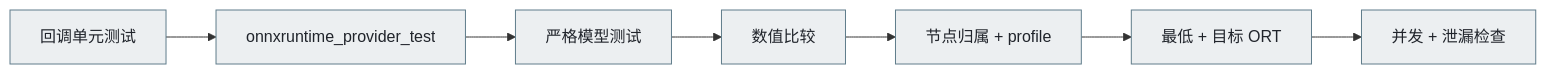
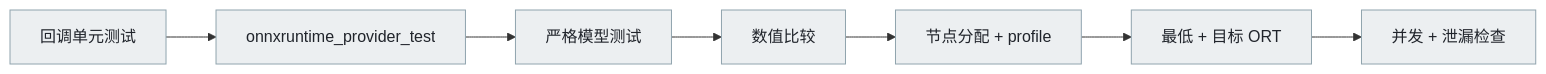
Before and after one commit to DakeQQ/Tutorial-ONNX-Runtime-Execution-Providers: diagram 13 of 13 in PluginEP/README.zh-CN.md, drawn with Mermaid. The commit also changed other lines of this file and 15 other files, not shown here.

````diff
--- a/PluginEP/README.zh-CN.md
+++ b/PluginEP/README.zh-CN.md
@@ -514,12 +516,7 @@
 ```mermaid
 flowchart LR
-    U["回调单元测试"] --> O["onnxruntime_provider_test"]
-    O --> M["严格模型测试"]
-    M --> N["数值比较"]
-    N --> A["节点归属 + profile"]
-    A --> V["最低 + 目标 ORT"]
-    V --> L["并发 + 泄漏检查"]
+    U["回调单元测试"] --> O["onnxruntime_provider_test"] --> M["严格模型测试"] --> N["数值比较"] --> A["节点分配 + profile"] --> V["最低 + 目标 ORT"] --> L["并发 + 泄漏检查"]
 
-    classDef stage fill:#eceff1,stroke:#607d8b,color:#20242b
-    class U,O,M,N,A,V,L stage
+    class U,O,M,N,A,V,L leaf
+    classDef leaf fill:#eceff1,stroke:#90a4ae,color:#20242b
 ```
````
